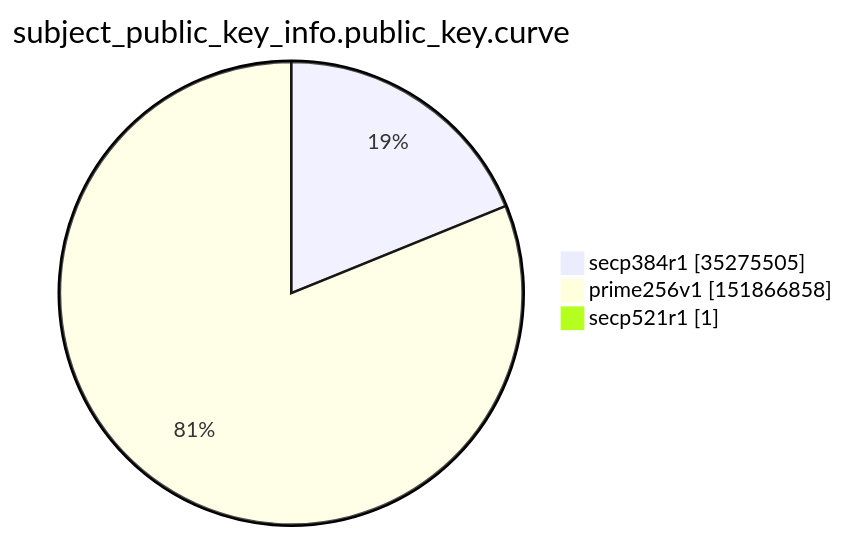
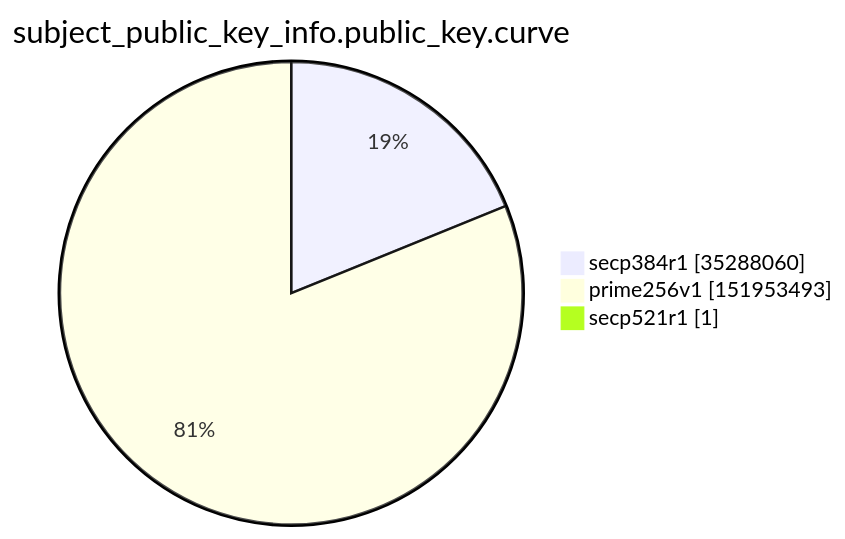
The ninth of 15 diagrams in argon2022/README.md (christiankrug/ctmonitor_visualization), drawn with Mermaid before and after one commit. The commit also changed other lines of this file, not shown here.

````diff
--- a/argon2022/README.md
+++ b/argon2022/README.md
@@ -2765,7 +2765,7 @@
 ```mermaid
 pie showData
 title subject_public_key_info.public_key.curve
-"secp384r1" :35275505
-"prime256v1" :151866858
+"secp384r1" :35288060
+"prime256v1" :151953493
 "secp521r1" :1
 ```
````
